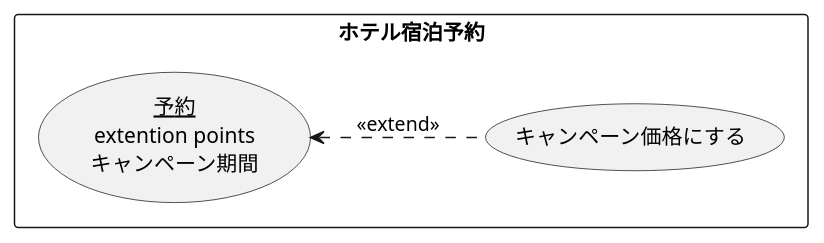
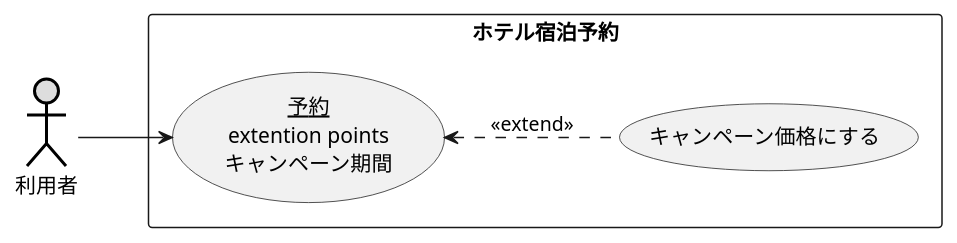
Before and after one commit to Tackey-11/uml-intro: the diagram in 演習2-4_キャンペーン中のホテル宿泊予約.pu, drawn with PlantUML. The commit also changed 1 other file, not shown here.

```diff
--- a/演習2-4_キャンペーン中のホテル宿泊予約.pu
+++ b/演習2-4_キャンペーン中のホテル宿泊予約.pu
@@ -1,10 +1,13 @@
 @startuml ユースケース図
 left to right direction
+actor 利用者#DDDDDD;line:black;line.bold;
 
 rectangle ホテル宿泊予約 {
 usecase (<u>予約</u>\nextention points\nキャンペーン期間) as reserve
 usecase キャンペーン価格にする
 }
 reserve <.. キャンペーン価格にする : << extend >>
 
+利用者 --> reserve
+
 @enduml
```
